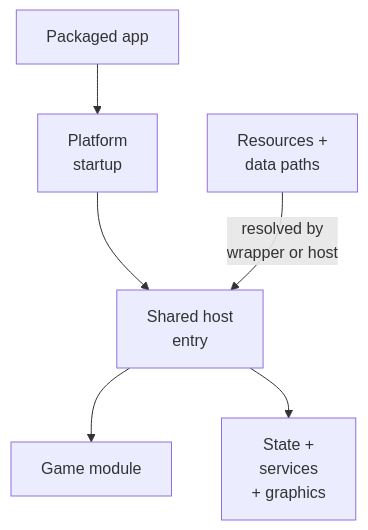
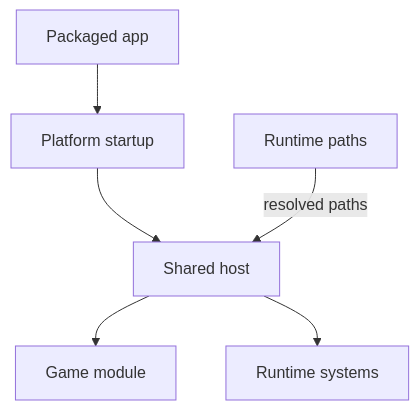
The first of 9 diagrams in docs/architecture/Host.md (Aelbannan/boat_of_daphnes), drawn with Mermaid before and after one commit. The commit also changed other lines of this file, not shown here.

Commit message:
Simplify Host diagram labels

````diff
--- a/docs/architecture/Host.md
+++ b/docs/architecture/Host.md
@@ -29,20 +29,14 @@
 ```mermaid
 flowchart TD
     Package["Packaged app"]
-    Startup["`Platform
-startup`"]
-    Paths["`Resources +
-data paths`"]
-    Host["`Shared host
-entry`"]
+    Startup["Platform startup"]
+    Paths["Runtime paths"]
+    Host["Shared host"]
     Module["Game module"]
-    Runtime["`State +
-services
-+ graphics`"]
+    Runtime["Runtime systems"]
 
     Package --> Startup --> Host
-    Paths -->|"`resolved by
-wrapper or host`"| Host
+    Paths -->|"resolved paths"| Host
     Host --> Module
     Host --> Runtime
 ```
````
